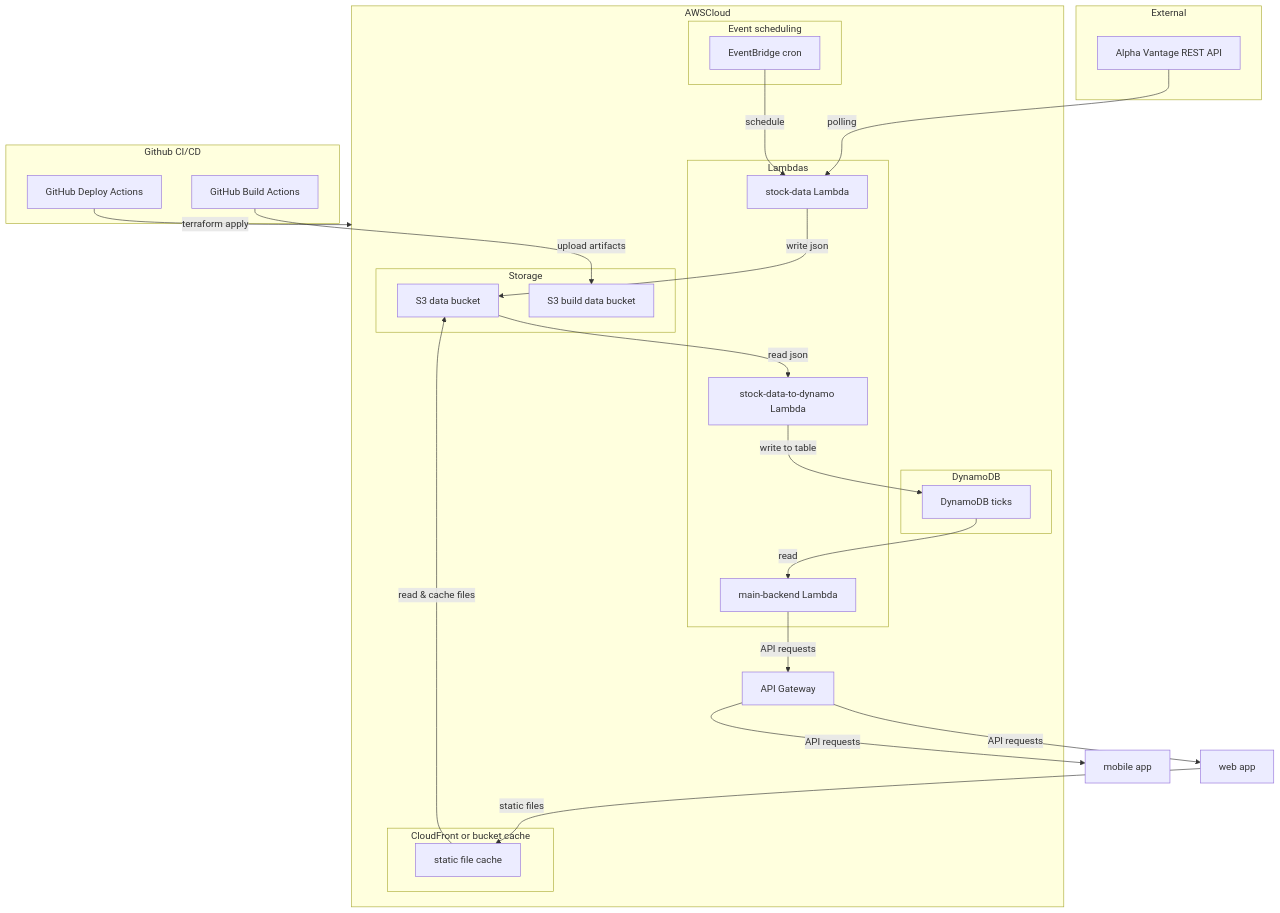
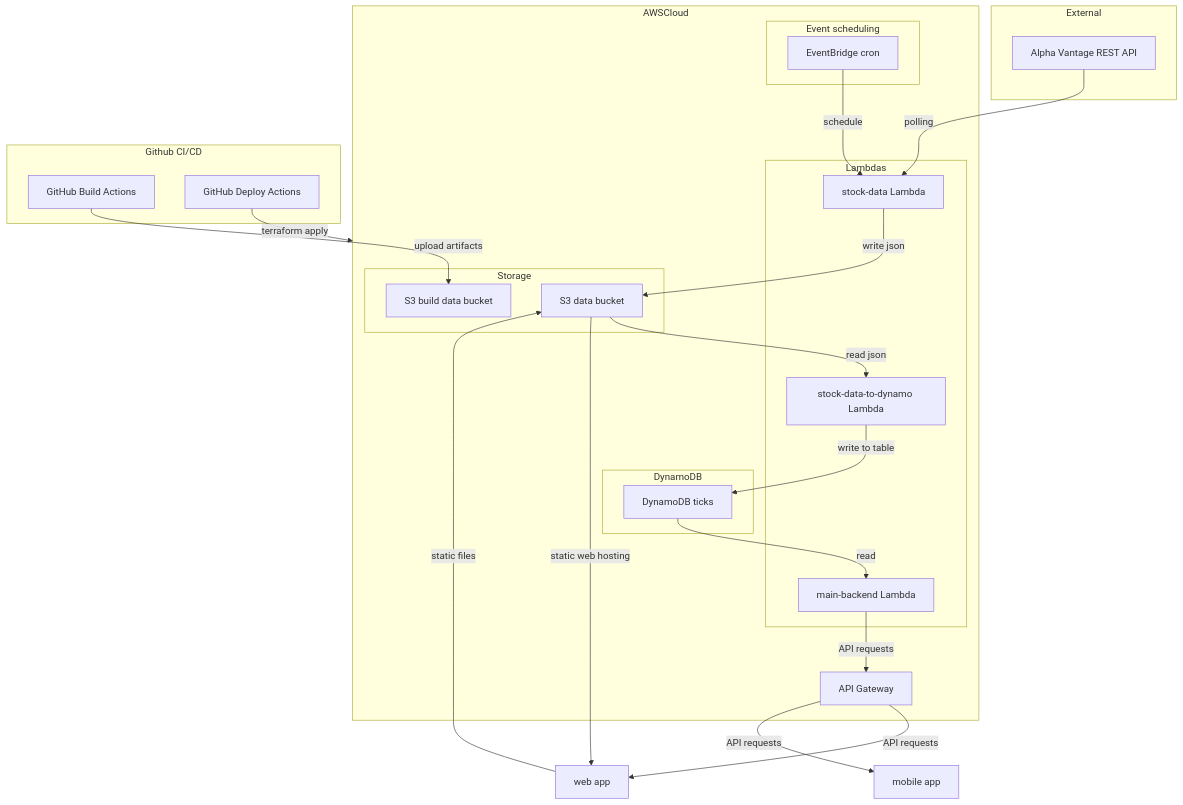
One commit to mss-showcase/.github changed the diagram in profile/README.md. Above: the diagram before and after it, drawn with Mermaid. The commit also changed other lines of this file, not shown here.

````diff
--- a/profile/README.md
+++ b/profile/README.md
@@ -25,55 +25,51 @@
 ```mermaid
 flowchart TB
   subgraph "External"
     alpha[Alpha Vantage REST API]
   end
 
   subgraph "AWSCloud"
     subgraph "Event scheduling"
       cron[EventBridge cron]
     end
     
     subgraph "Lambdas"
       stock[stock-data Lambda]
       proc[stock-data-to-dynamo Lambda]
       backend[main-backend Lambda]
     end
 
     subgraph "Storage"
       s3data[S3 data bucket]
       s3build[S3 build data bucket]
     end
 
     subgraph "DynamoDB"
       dynamo[DynamoDB ticks]
     end
 
-    subgraph "CloudFront or bucket cache"
-      distribution[static file cache]
-    end
-
     api[API Gateway]
   end
 
   subgraph "Github CI/CD"
     gha_build[GitHub Build Actions]
     gha_deploy[GitHub Deploy Actions]
   end
 
   alpha -->|polling| stock
   cron -->|schedule| stock
   stock -->|write json| s3data
   s3data -->|read json| proc
   proc -->|write to table| dynamo
   dynamo -->|read| backend
   backend -->|API requests| api
-  distribution --> |read & cache files| s3data
+  s3data --> |static web hosting| webfrontend[web app]
 
   gha_build -->|upload artifacts| s3build
   gha_deploy -->|terraform apply| AWSCloud
 
-  api -->|API requests| webfrontend[web app]
+  api -->|API requests| webfrontend
   api -->|API requests| mobilefrontend[mobile app]
 
-  webfrontend -->|static files| distribution
+  webfrontend -->|static files| s3data
 ```
````
